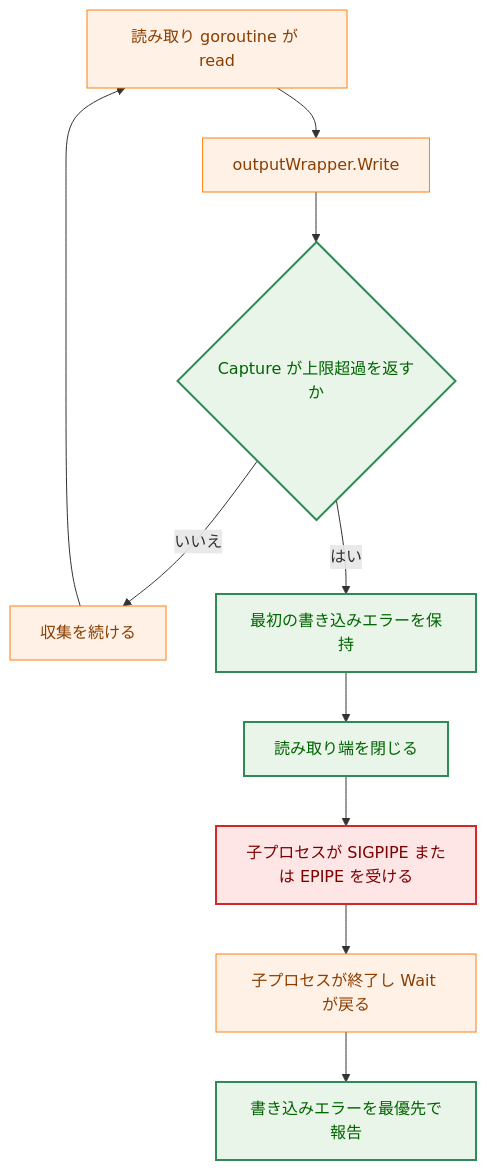
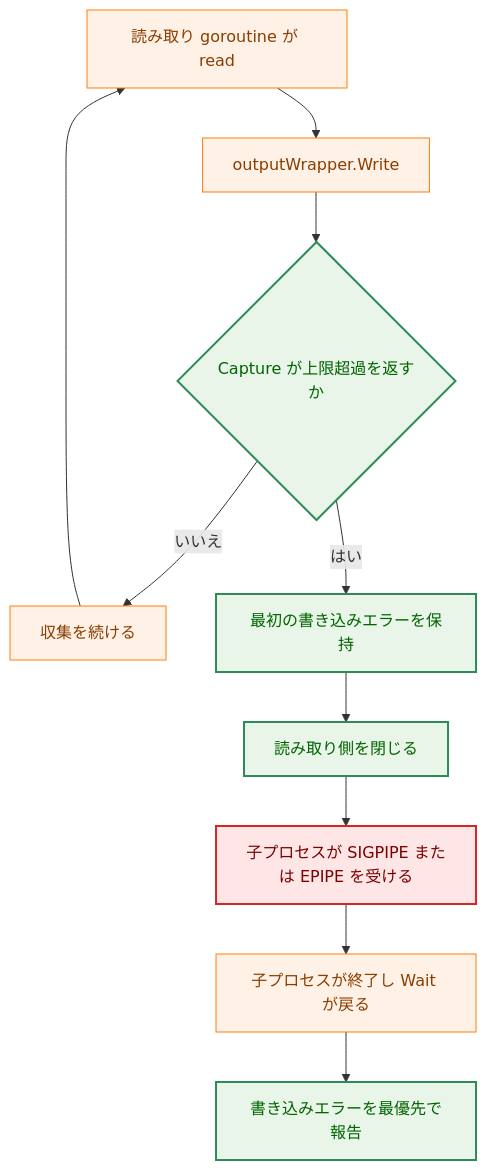
Diagram 12 of 13 in docs/tasks/0171_privilege_gap_narrowing/02_architecture.md (isseis/go-safe-cmd-runner), drawn with Mermaid before and after one commit. The commit also changed other lines of this file and 1 other file, not shown here.

````diff
--- a/docs/tasks/0171_privilege_gap_narrowing/02_architecture.md
+++ b/docs/tasks/0171_privilege_gap_narrowing/02_architecture.md
@@ -1158,30 +1158,30 @@
 ```mermaid
 flowchart TD
     classDef process fill:#fff1e6,stroke:#ff7f0e,stroke-width:1px,color:#8a3e00;
     classDef enhanced fill:#e8f5e8,stroke:#2e8b57,stroke-width:2px,color:#006400;
     classDef problem fill:#ffe6e6,stroke:#d62728,stroke-width:2px,color:#7b0000;
 
     R["読み取り goroutine が read"]
     W["outputWrapper.Write"]
     C{"Capture が上限超過を返すか"}
     OK["収集を続ける"]
     ERR["最初の書き込みエラーを保持"]
-    CLOSE["読み取り端を閉じる"]
+    CLOSE["読み取り側を閉じる"]
     PIPE["子プロセスが SIGPIPE または EPIPE を受ける"]
     EXIT["子プロセスが終了し Wait が戻る"]
     RES["書き込みエラーを最優先で報告"]
 
     R --> W
     W --> C
     C -->|"いいえ"| OK
     OK --> R
     C -->|"はい"| ERR
     ERR --> CLOSE
     CLOSE --> PIPE
     PIPE --> EXIT
     EXIT --> RES
 
     class R,W,OK,EXIT process
     class C,ERR,CLOSE,RES enhanced
     class PIPE problem
 ```
````
